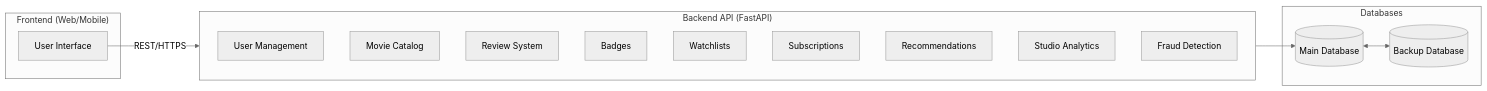
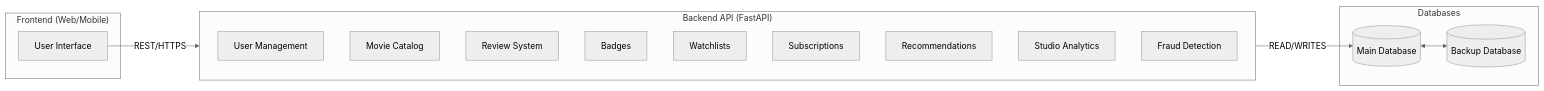
Before and after one commit to jcarrasqueira/jc-backlog: the first of 2 diagrams in EchoLib/journal/uni/cloud computing/project/CC2526-Phase3-Group8.md, drawn with Mermaid (neutral theme). The commit also changed other lines of this file, not shown here.

````diff
--- a/EchoLib/journal/uni/cloud computing/project/CC2526-Phase3-Group8.md
+++ b/EchoLib/journal/uni/cloud computing/project/CC2526-Phase3-Group8.md
@@ -80,29 +95,29 @@
 ```mermaid
 flowchart LR
 
 subgraph Client["Frontend (Web/Mobile)"]
     UI[User Interface]
 end
 
 subgraph API["Backend API (FastAPI)"]
     UserManagement["User Management"]
     MovieCatalog["Movie Catalog"]
     ReviewSystem["Review System"]
     Badges["Badges"]
     Watchlists["Watchlists"]
     Subscriptions["Subscriptions"]
     Recommendations["Recommendations"]
     StudioAnalytics["Studio Analytics"]
     FraudDetection["Fraud Detection"]
 end
 
 subgraph Databases["Databases"]
     DB[(Main Database)]
     DBbackup[(Backup Database)]
 end
 
 UI -->|REST/HTTPS| API
 
-API --> DB
+API --> |READ/WRITES| DB
 DB <--> DBbackup
 ``` 
````
